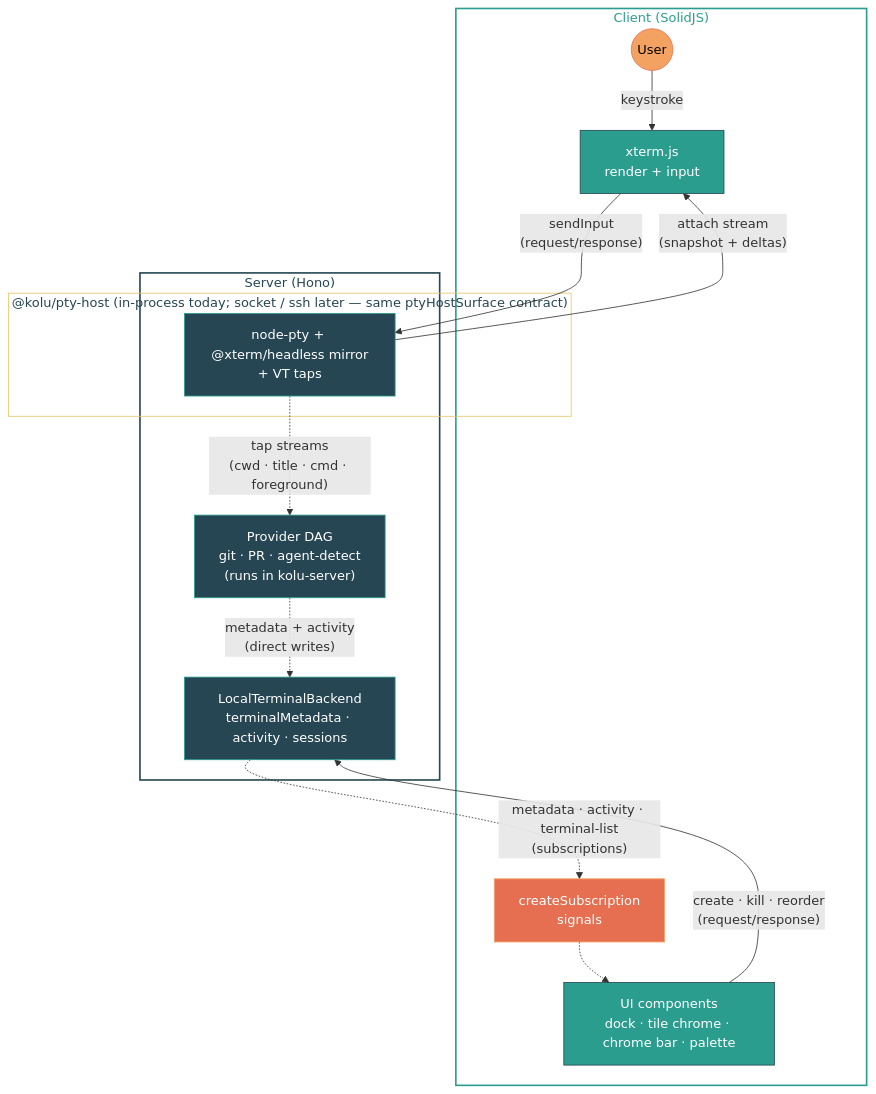
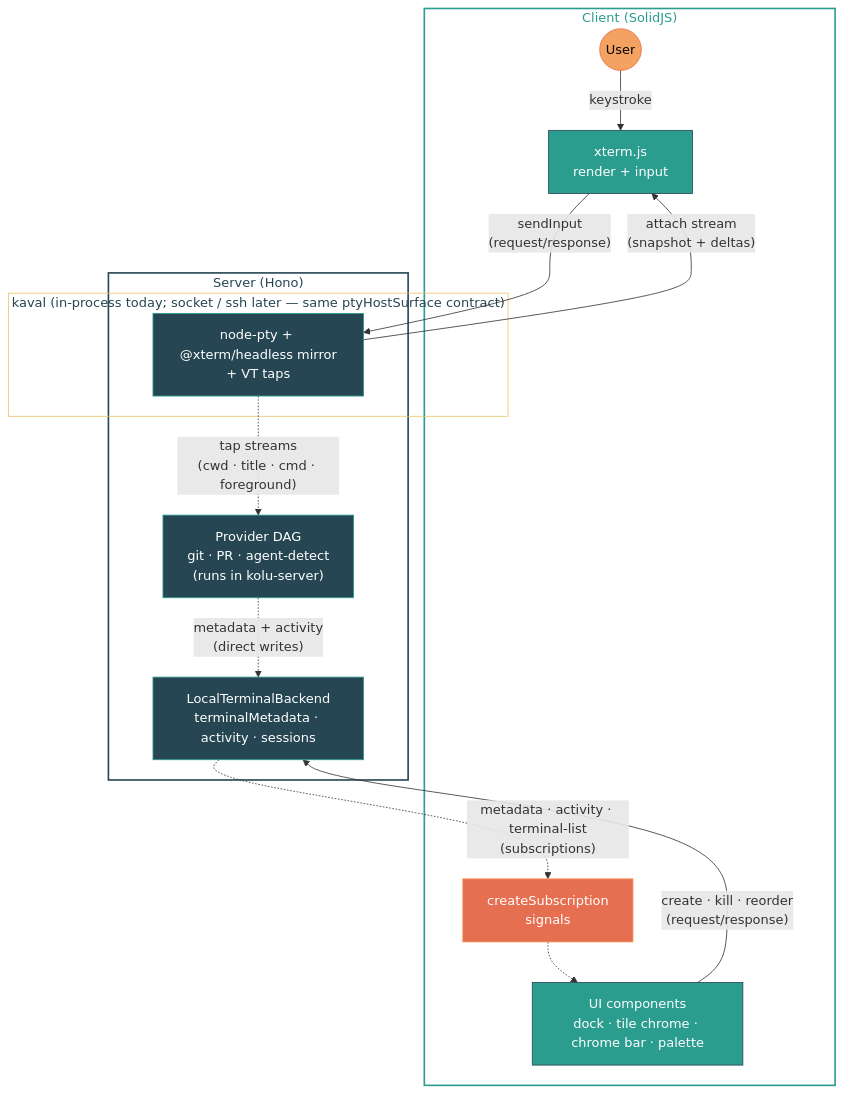
Before and after one commit to juspay/kolu: the diagram in README.md, drawn with Mermaid. The commit also changed other lines of this file and 71 other files, not shown here.

````diff
--- a/README.md
+++ b/README.md
@@ -250,40 +251,40 @@
 ```mermaid
 flowchart TB
   subgraph Client["Client (SolidJS)"]
     User((User)):::user
     Xterm["xterm.js\nrender + input"]:::client
     Subs["createSubscription\nsignals"]:::cache
     UI["UI components\ndock · tile chrome · chrome bar · palette"]:::client
   end
 
   subgraph Server["Server (Hono)"]
-    subgraph PtyHost["@kolu/pty-host (in-process today; socket / ssh later — same ptyHostSurface contract)"]
+    subgraph PtyHost["kaval (in-process today; socket / ssh later — same ptyHostSurface contract)"]
       Host["node-pty + @xterm/headless mirror\n+ VT taps"]:::server
     end
     Providers["Provider DAG\ngit · PR · agent-detect\n(runs in kolu-server)"]:::server
     Backend["LocalTerminalBackend\nterminalMetadata · activity · sessions"]:::server
   end
 
   %% Terminal I/O loop (through the ptyHostSurface contract)
   User -->|"keystroke"| Xterm
   Xterm -->|"sendInput\n(request/response)"| Host
   Host -->|"attach stream\n(snapshot + deltas)"| Xterm
 
   %% Metadata loop
   Host -.->|"tap streams\n(cwd · title · cmd · foreground)"| Providers
   Providers -.->|"metadata + activity\n(direct writes)"| Backend
   Backend -.->|"metadata · activity · terminal-list\n(subscriptions)"| Subs
   Subs -.-> UI
 
   %% User actions
   UI -->|"create · kill · reorder\n(request/response)"| Backend
 
   classDef user fill:#f4a261,stroke:#e76f51,color:#000
   classDef client fill:#2a9d8f,stroke:#264653,color:#fff
   classDef cache fill:#e76f51,stroke:#f4a261,color:#fff
   classDef server fill:#264653,stroke:#2a9d8f,color:#fff
 
   style Client fill:none,stroke:#2a9d8f,stroke-width:2px,color:#2a9d8f
   style Server fill:none,stroke:#264653,stroke-width:2px,color:#264653
   style PtyHost fill:none,stroke:#e9c46a,stroke-width:1px,color:#264653
 ```
````
